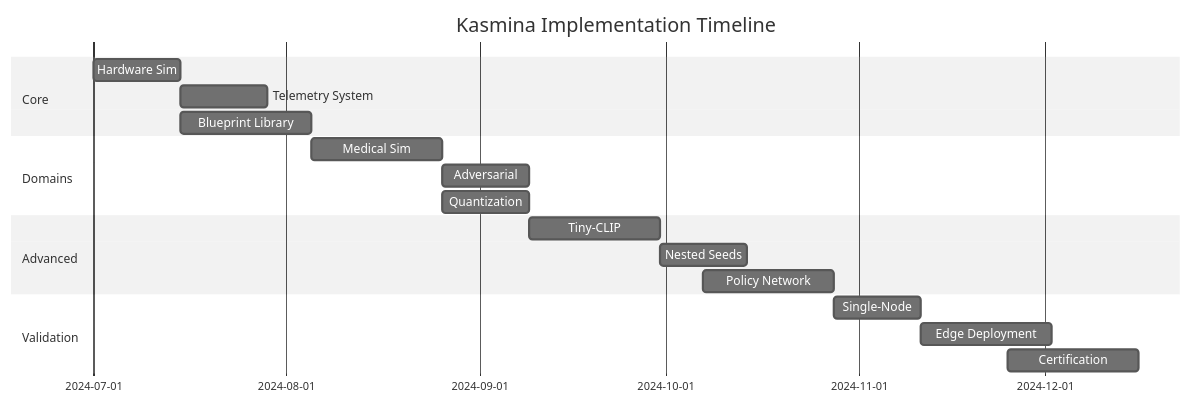
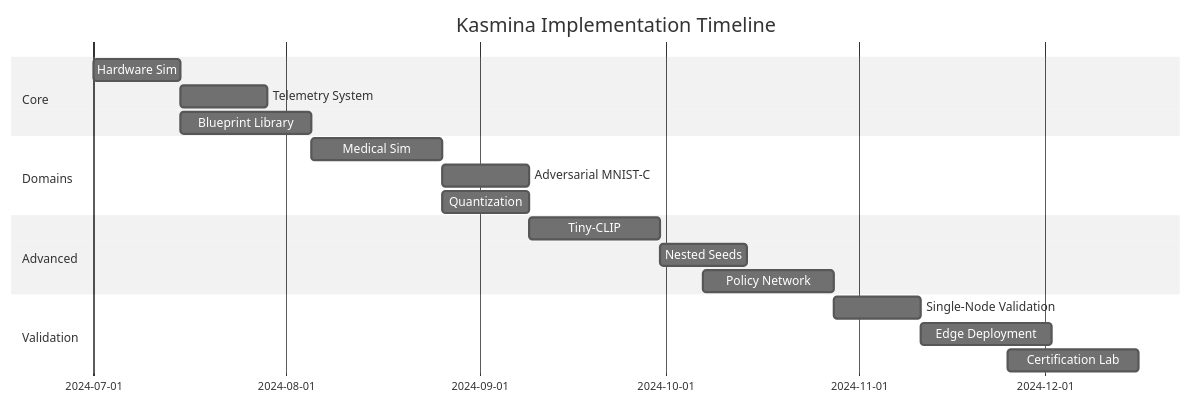
One commit to tachyon-beep/kaslite changed the second of 2 diagrams in docs/kasmina_implementation.md. Above: the diagram before and after it, drawn with Mermaid (neutral theme). The commit also changed other lines of this file and 1 other file, not shown here.

````diff
--- a/docs/kasmina_implementation.md
+++ b/docs/kasmina_implementation.md
@@ -94,24 +104,25 @@
 ```mermaid
 gantt
     title Kasmina Implementation Timeline
     dateFormat  YYYY-MM-DD
+
     section Core
-    Hardware Sim       :a1, 2024-07-01, 14d
-    Telemetry System   :a2, after a1, 14d
-    Blueprint Library  :a3, 2024-07-15, 21d
-    
+    Hardware Sim           :a1, 2024-07-01, 14d
+    Telemetry System       :a2, after a1, 14d
+    Blueprint Library      :a3, 2024-07-15, 21d
+
     section Domains
-    Medical Sim        :b1, 2024-08-05, 21d
-    Adversarial        :b2, after b1, 14d
-    Quantization       :b3, 2024-08-26, 14d
-    
+    Medical Sim            :b1, 2024-08-05, 21d
+    Adversarial MNIST-C    :b2, after b1, 14d
+    Quantization           :b3, 2024-08-26, 14d
+
     section Advanced
-    Tiny-CLIP          :c1, 2024-09-09, 21d
-    Nested Seeds       :c2, after c1, 14d
-    Policy Network     :c3, 2024-10-07, 21d
-    
+    Tiny-CLIP              :c1, 2024-09-09, 21d
+    Nested Seeds           :c2, after c1, 14d
+    Policy Network         :c3, 2024-10-07, 21d
+
     section Validation
-    Single-Node        :d1, 2024-10-28, 14d
-    Edge Deployment    :d2, after d1, 21d
-    Certification      :d3, 2024-11-25, 21d
+    Single-Node Validation :d1, 2024-10-28, 14d
+    Edge Deployment        :d2, after d1, 21d
+    Certification Lab      :d3, 2024-11-25, 21d
 ```
````
